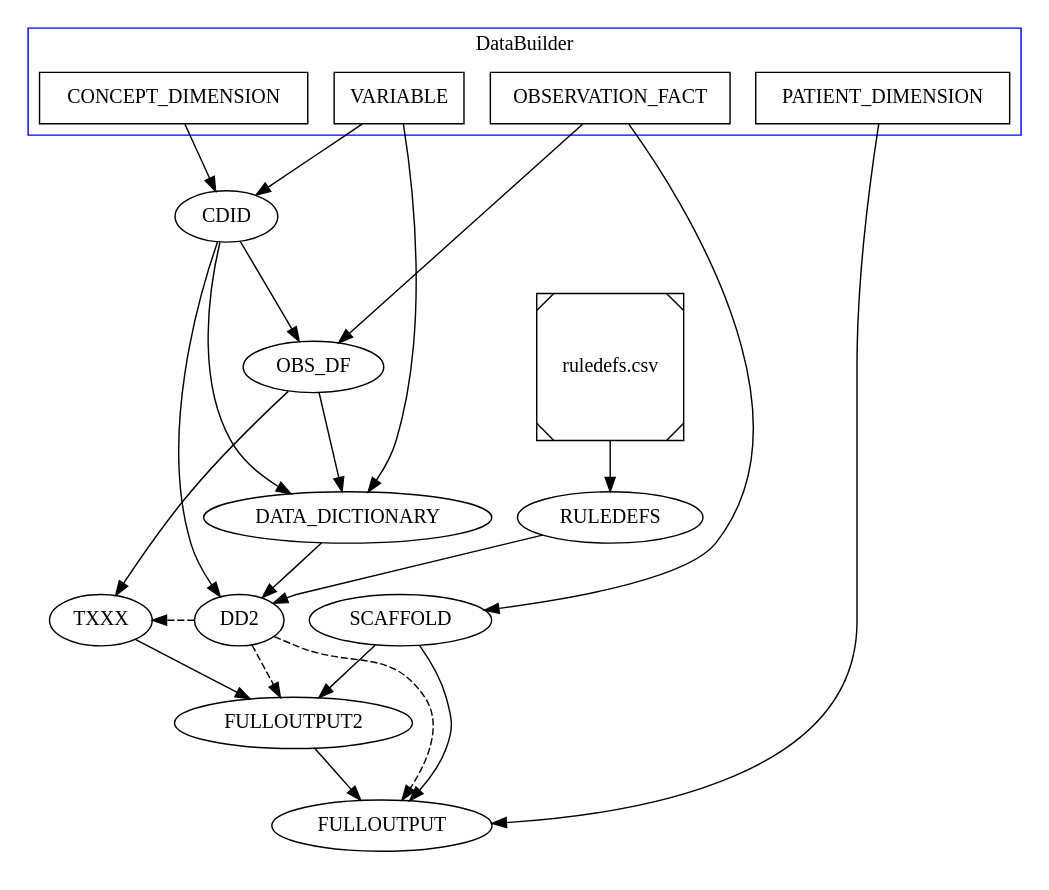
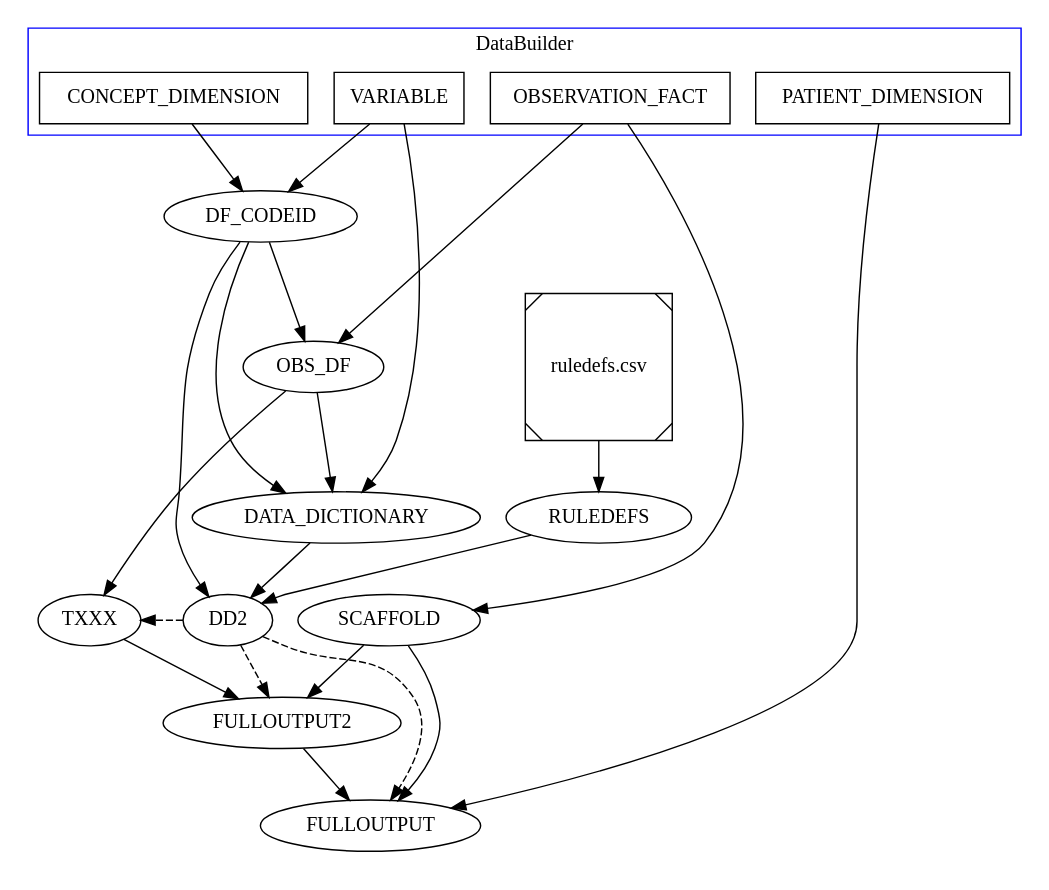
One commit to cattolyst/datafinisher changed the diagram in docs/df_tables.dot. Above: the diagram before and after it, drawn with Graphviz. The commit also changed 4 other files, not shown here.

Commit message:
Replaced all instances of CDID with DF_CODEID

```diff
--- a/docs/df_tables.dot
+++ b/docs/df_tables.dot
@@ -1,18 +1,18 @@
 digraph df {
 subgraph cluster_db {label=DataBuilder; color=blue; node [shape=rectangle]; OBSERVATION_FACT; CONCEPT_DIMENSION; PATIENT_DIMENSION; VARIABLE; }
-subgraph cluster_df {label=DataFinisher; style=invis; SCAFFOLD; CDID; OBS_DF; DD2; DATA_DICTIONARY; FULLOUTPUT2; FULLOUTPUT;}
+subgraph cluster_df {label=DataFinisher; style=invis; SCAFFOLD; DF_CODEID; OBS_DF; DD2; DATA_DICTIONARY; FULLOUTPUT2; FULLOUTPUT;}
 RULEDEFS_FILE [label="ruledefs.csv",shape=Msquare];
 RULEDEFS_FILE -> RULEDEFS;
 OBSERVATION_FACT -> {OBS_DF,SCAFFOLD};
-VARIABLE -> {CDID,DATA_DICTIONARY};
-CONCEPT_DIMENSION -> CDID;
+VARIABLE -> {DF_CODEID,DATA_DICTIONARY};
+CONCEPT_DIMENSION -> DF_CODEID;
 PATIENT_DIMENSION -> FULLOUTPUT;
 RULEDEFS -> DD2;
-CDID -> {OBS_DF,DATA_DICTIONARY,DD2};
+DF_CODEID -> {OBS_DF,DATA_DICTIONARY,DD2};
 DATA_DICTIONARY -> DD2;
 OBS_DF -> {DATA_DICTIONARY,TXXX};
 SCAFFOLD -> {FULLOUTPUT2,FULLOUTPUT};
 TXXX -> FULLOUTPUT2 -> FULLOUTPUT;
 DD2 -> {TXXX,FULLOUTPUT2,FULLOUTPUT} [style=dashed];
 
 }
```
